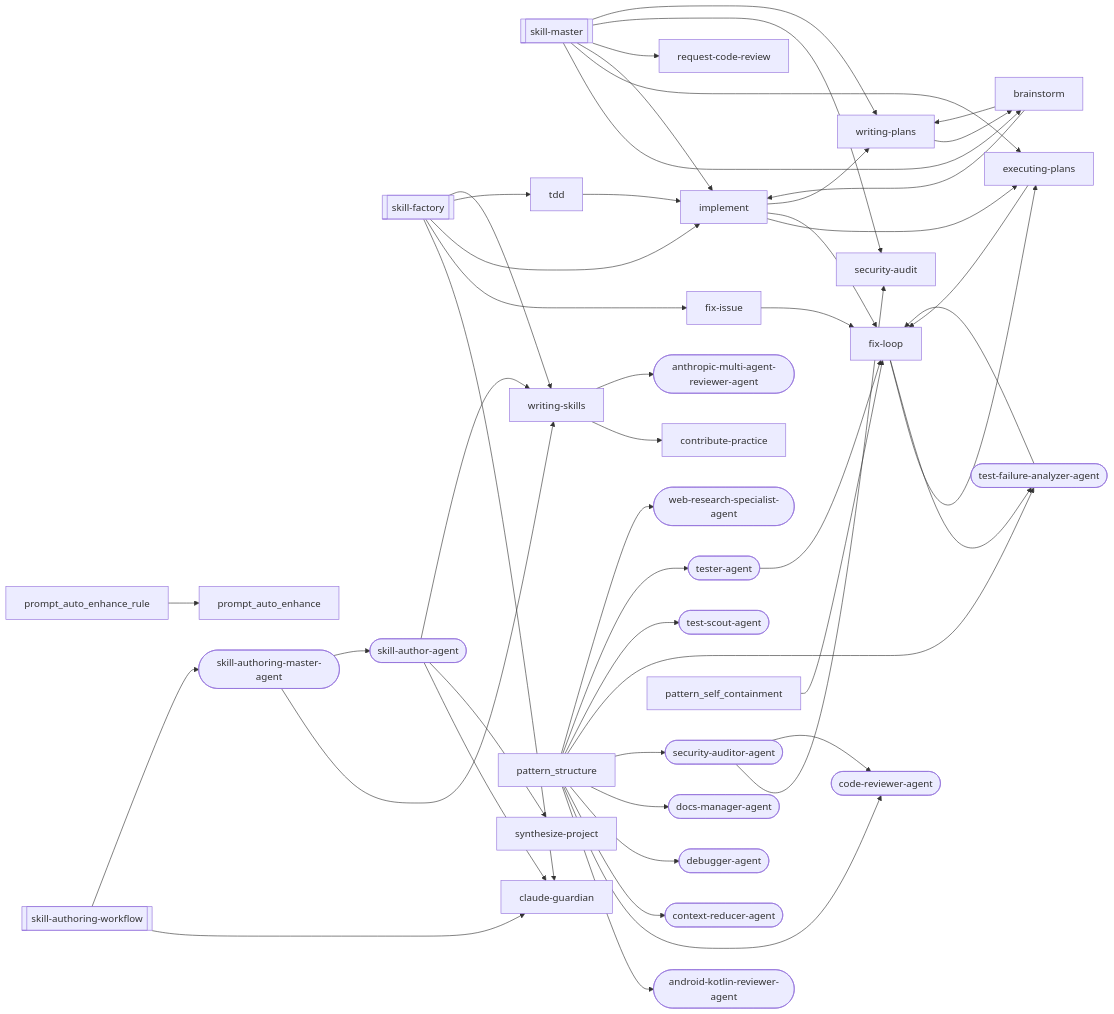
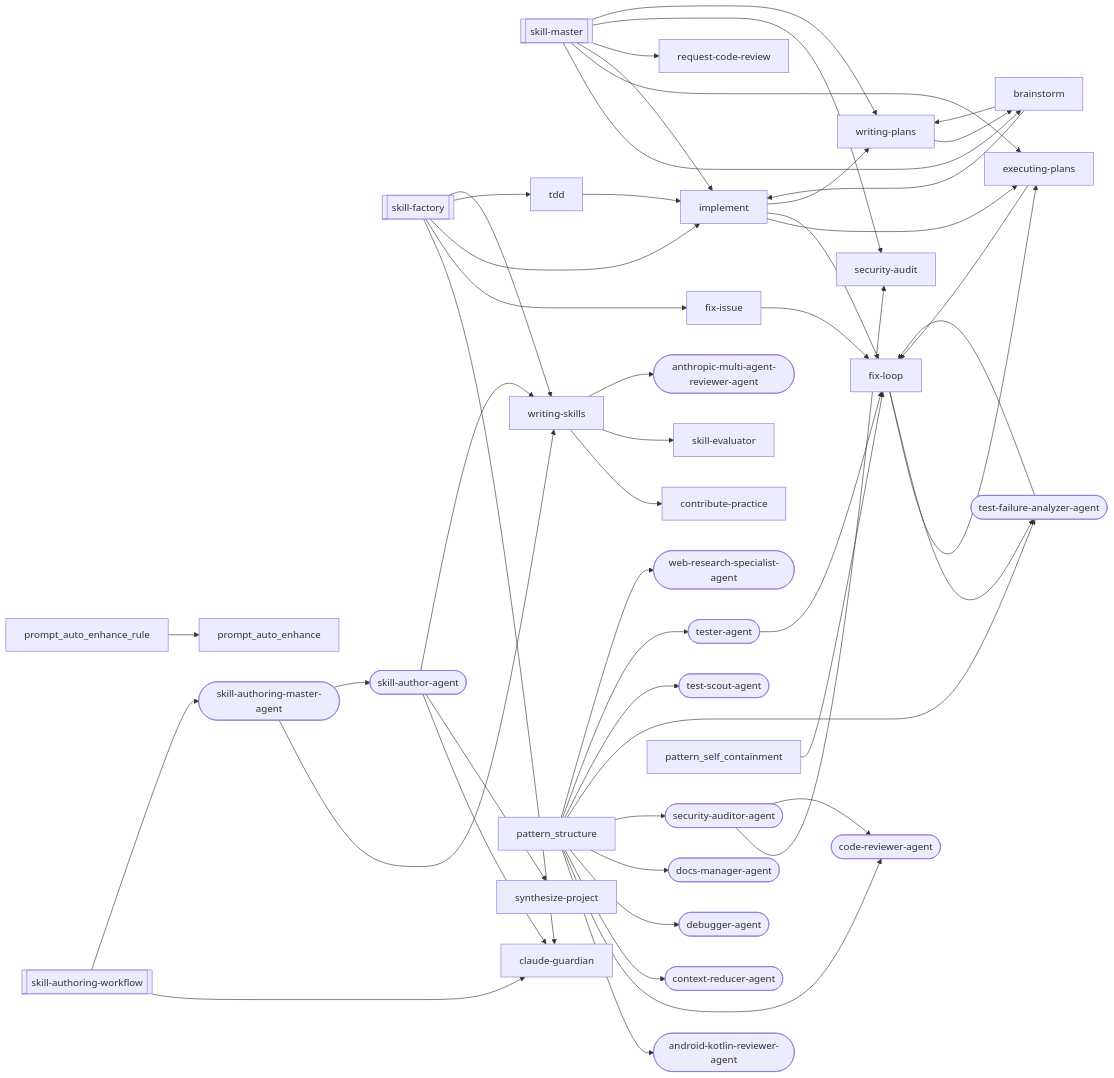
The third of 22 diagrams in docs/workflows/skill-authoring.md (abhayla/claude-best-practices), drawn with Mermaid before and after one commit. The commit also changed other lines of this file and 13 other files, not shown here.

````diff
--- a/docs/workflows/skill-authoring.md
+++ b/docs/workflows/skill-authoring.md
@@ -447,79 +470,81 @@
 ```mermaid
 graph LR
     skill_authoring_workflow[["skill-authoring-workflow"]]
     skill_factory[["skill-factory"]]
     skill_master[["skill-master"]]
     android_kotlin_reviewer_agent(["android-kotlin-reviewer-agent"])
     anthropic_multi_agent_reviewer_agent(["anthropic-multi-agent-reviewer-agent"])
     brainstorm["brainstorm"]
     claude_guardian["claude-guardian"]
     code_reviewer_agent(["code-reviewer-agent"])
     context_reducer_agent(["context-reducer-agent"])
     contribute_practice["contribute-practice"]
     debugger_agent(["debugger-agent"])
     docs_manager_agent(["docs-manager-agent"])
     executing_plans["executing-plans"]
     fix_issue["fix-issue"]
     fix_loop["fix-loop"]
     implement["implement"]
     request_code_review["request-code-review"]
     security_audit["security-audit"]
     security_auditor_agent(["security-auditor-agent"])
     skill_author_agent(["skill-author-agent"])
     skill_authoring_master_agent(["skill-authoring-master-agent"])
+    skill_evaluator["skill-evaluator"]
     synthesize_project["synthesize-project"]
     tdd["tdd"]
     test_failure_analyzer_agent(["test-failure-analyzer-agent"])
     test_scout_agent(["test-scout-agent"])
     tester_agent(["tester-agent"])
     web_research_specialist_agent(["web-research-specialist-agent"])
     writing_plans["writing-plans"]
     writing_skills["writing-skills"]
     brainstorm --> implement
     brainstorm --> writing_plans
     executing_plans --> fix_loop
     fix_issue --> fix_loop
     fix_loop --> executing_plans
     fix_loop --> test_failure_analyzer_agent
     implement --> executing_plans
     implement --> fix_loop
     implement --> writing_plans
     skill_authoring_workflow --> claude_guardian
     skill_authoring_workflow --> skill_authoring_master_agent
     skill_factory --> claude_guardian
     skill_factory --> fix_issue
     skill_factory --> implement
     skill_factory --> tdd
     skill_factory --> writing_skills
     skill_master --> brainstorm
     skill_master --> executing_plans
     skill_master --> implement
     skill_master --> request_code_review
     skill_master --> security_audit
     skill_master --> writing_plans
     tdd --> implement
     writing_plans --> brainstorm
     writing_skills --> contribute_practice
+    writing_skills --> skill_evaluator
     writing_skills --> anthropic_multi_agent_reviewer_agent
     security_auditor_agent --> security_audit
     security_auditor_agent --> code_reviewer_agent
     skill_author_agent --> claude_guardian
     skill_author_agent --> synthesize_project
     skill_author_agent --> writing_skills
     skill_authoring_master_agent --> writing_skills
     skill_authoring_master_agent --> skill_author_agent
     test_failure_analyzer_agent --> fix_loop
     tester_agent --> fix_loop
     pattern_self_containment --> fix_loop
     pattern_structure --> android_kotlin_reviewer_agent
     pattern_structure --> code_reviewer_agent
     pattern_structure --> context_reducer_agent
     pattern_structure --> debugger_agent
     pattern_structure --> docs_manager_agent
     pattern_structure --> security_auditor_agent
     pattern_structure --> test_failure_analyzer_agent
     pattern_structure --> test_scout_agent
     pattern_structure --> tester_agent
     pattern_structure --> web_research_specialist_agent
     prompt_auto_enhance_rule --> prompt_auto_enhance
 ```
````
